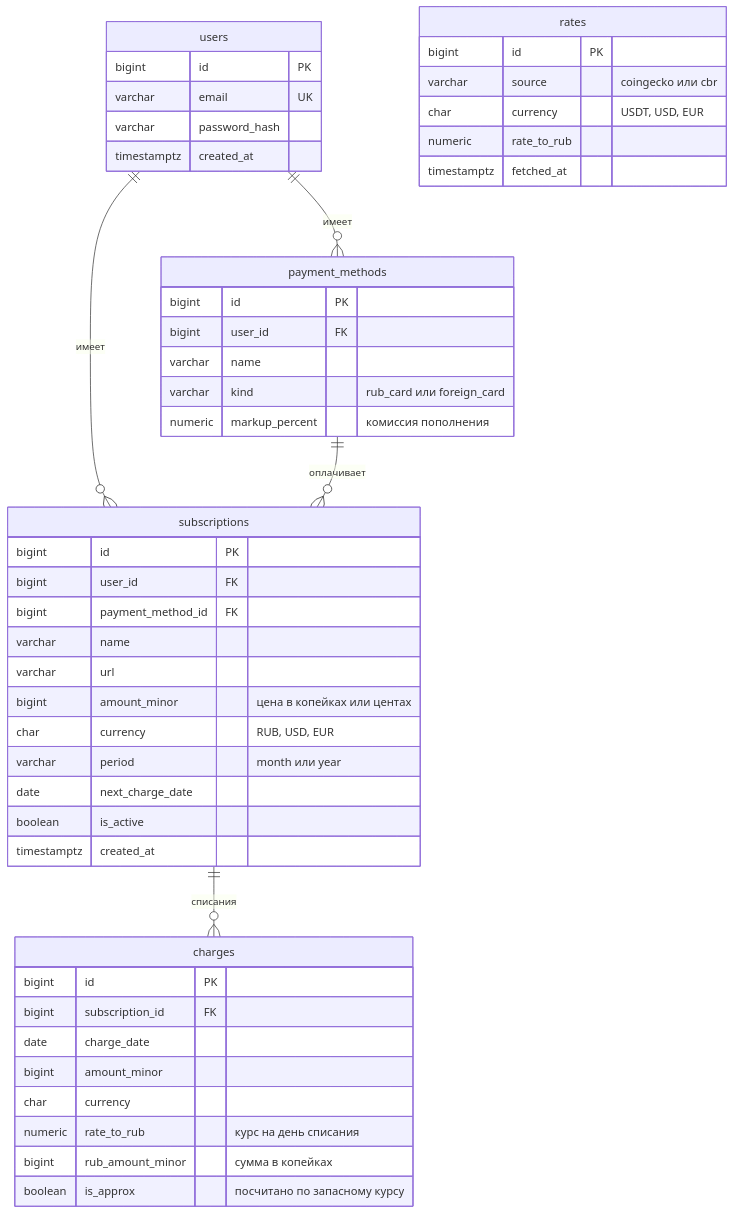
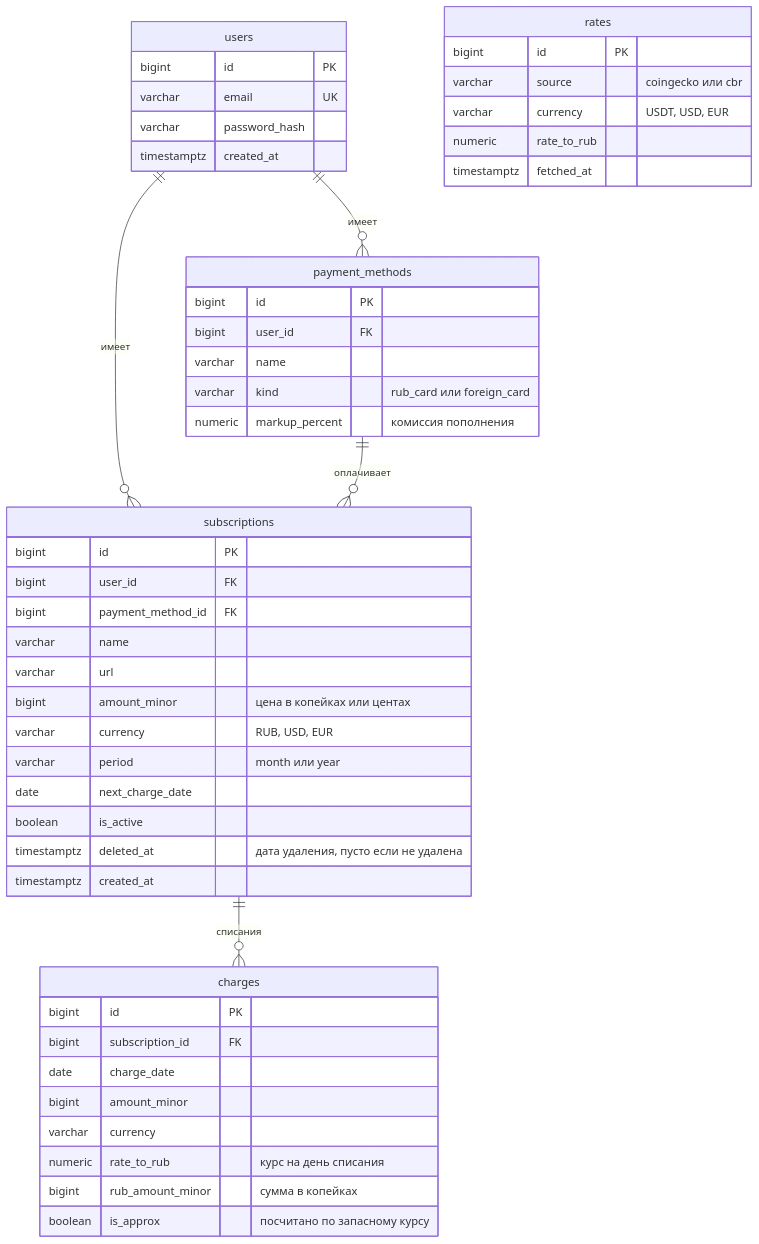
The diagram in README.md (rabbitdfs/subscription-tracker), drawn with Mermaid before and after one commit. The commit also changed other lines of this file, not shown here.

Commit message:
Исправлены типы валют, история сохраняется при удалении подписки

````diff
--- a/README.md
+++ b/README.md
@@ -135,50 +135,51 @@
 ```mermaid
 erDiagram
     users ||--o{ payment_methods : "имеет"
     users ||--o{ subscriptions : "имеет"
     payment_methods ||--o{ subscriptions : "оплачивает"
     subscriptions ||--o{ charges : "списания"
     users {
         bigint id PK
         varchar email UK
         varchar password_hash
         timestamptz created_at
     }
     payment_methods {
         bigint id PK
         bigint user_id FK
         varchar name
         varchar kind "rub_card или foreign_card"
         numeric markup_percent "комиссия пополнения"
     }
     subscriptions {
         bigint id PK
         bigint user_id FK
         bigint payment_method_id FK
         varchar name
         varchar url
         bigint amount_minor "цена в копейках или центах"
-        char currency "RUB, USD, EUR"
+        varchar currency "RUB, USD, EUR"
         varchar period "month или year"
         date next_charge_date
         boolean is_active
+        timestamptz deleted_at "дата удаления, пусто если не удалена"
         timestamptz created_at
     }
     rates {
         bigint id PK
         varchar source "coingecko или cbr"
-        char currency "USDT, USD, EUR"
+        varchar currency "USDT, USD, EUR"
         numeric rate_to_rub
         timestamptz fetched_at
     }
     charges {
         bigint id PK
         bigint subscription_id FK
         date charge_date
         bigint amount_minor
-        char currency
+        varchar currency
         numeric rate_to_rub "курс на день списания"
         bigint rub_amount_minor "сумма в копейках"
         boolean is_approx "посчитано по запасному курсу"
     }
 ```
````
